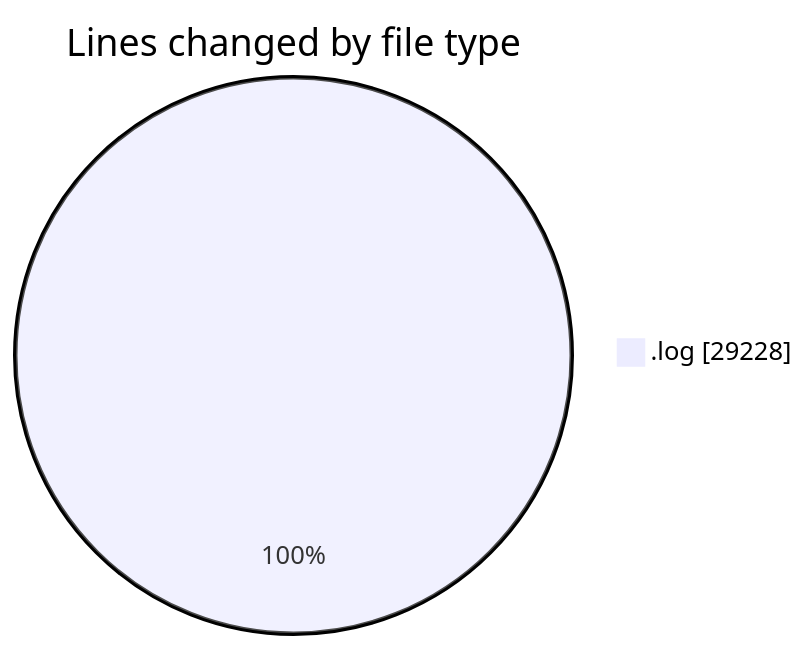
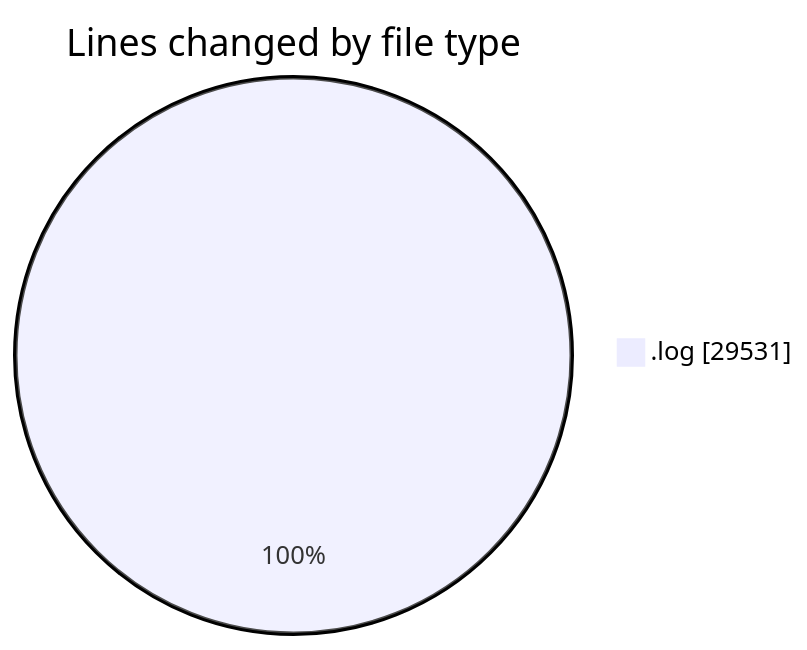
The first of 2 diagrams in 2025-10-19/logs/README.md (donsfak/code-tracking), drawn with Mermaid before and after one commit. The commit also changed other lines of this file and 1 other file, not shown here.

````diff
--- a/2025-10-19/logs/README.md
+++ b/2025-10-19/logs/README.md
@@ -20,5 +20,5 @@
 ```mermaid
 pie showData
 title Lines changed by file type
-".log" : 29228
+".log" : 29531
 ```
````
